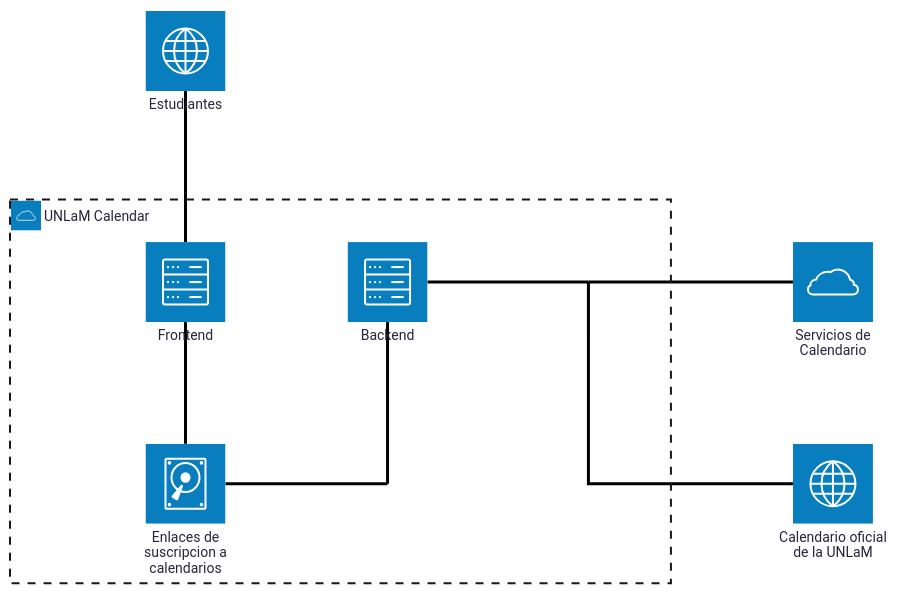
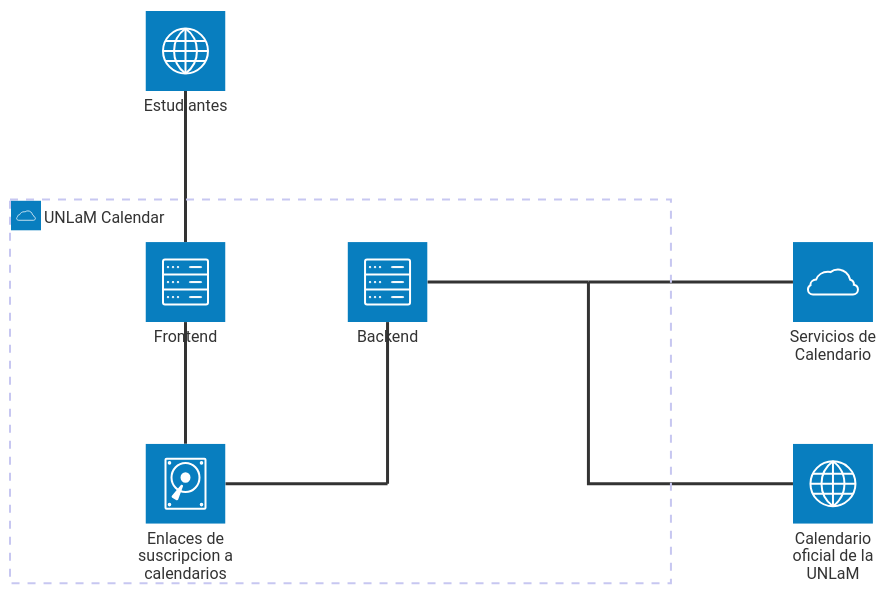
One commit to hozlucas28/UNLaM-Calendar changed the first of 2 diagrams in .github/docs/README.md. Above: the diagram before and after it, drawn with Mermaid. The commit also changed other lines of this file, not shown here.

Commit message:
docs(`README.md`): remove mermaid configuration attributes

````diff
--- a/.github/docs/README.md
+++ b/.github/docs/README.md
@@ -31,29 +31,23 @@
 ```mermaid
----
-config:
-  look: neo
-  theme: redux
----
-
 architecture-beta
 	service student(internet)[Estudiantes]
 
 	group cloud(cloud)[UNLaM Calendar]
 
 	service frontend(server)[Frontend] in cloud
 	service disk(disk)[Enlaces de suscripcion a calendarios] in cloud
 	service backend(server)[Backend] in cloud
 	junction backendBJunction in cloud
 	junction backendRJunction in cloud
 
 	service calendarServices(cloud)[Servicios de Calendario]
 	service officialCalendar(internet)[Calendario oficial de la UNLaM]
 
 	student:B -- T:frontend
 	frontend:B -- T:disk
 	disk:R -- L:backendBJunction
 	backendBJunction:T -- B:backend
 	backend:R -- L:backendRJunction
 	backendRJunction:R -- L:calendarServices
 	backendRJunction:B -- L:officialCalendar
 ```
````
